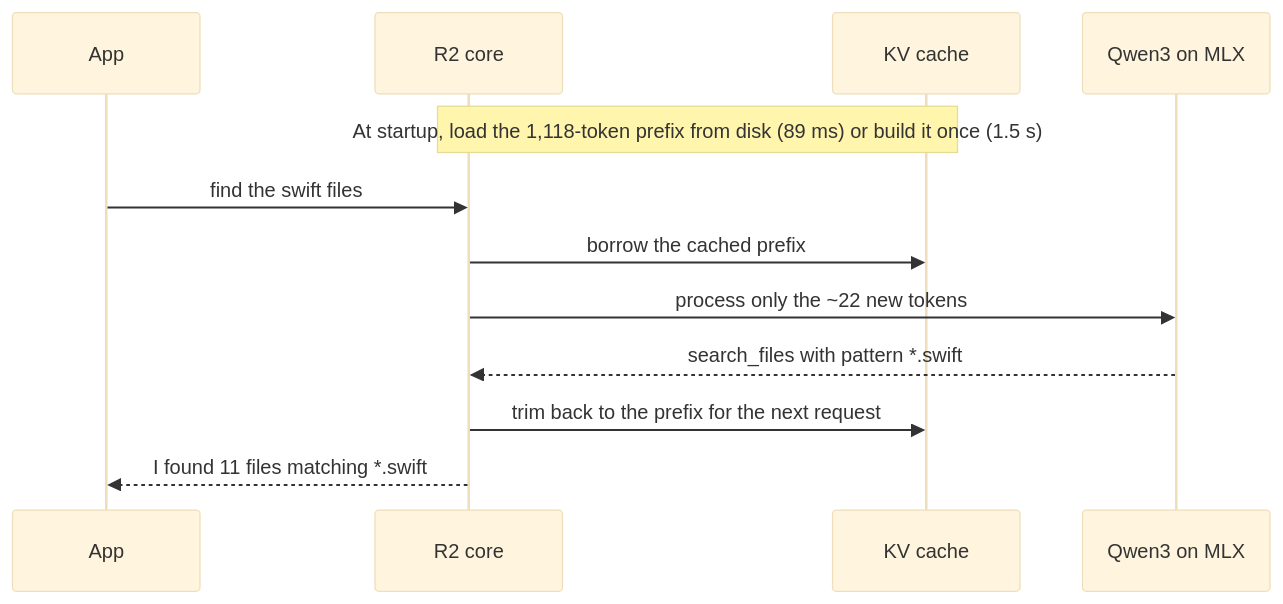
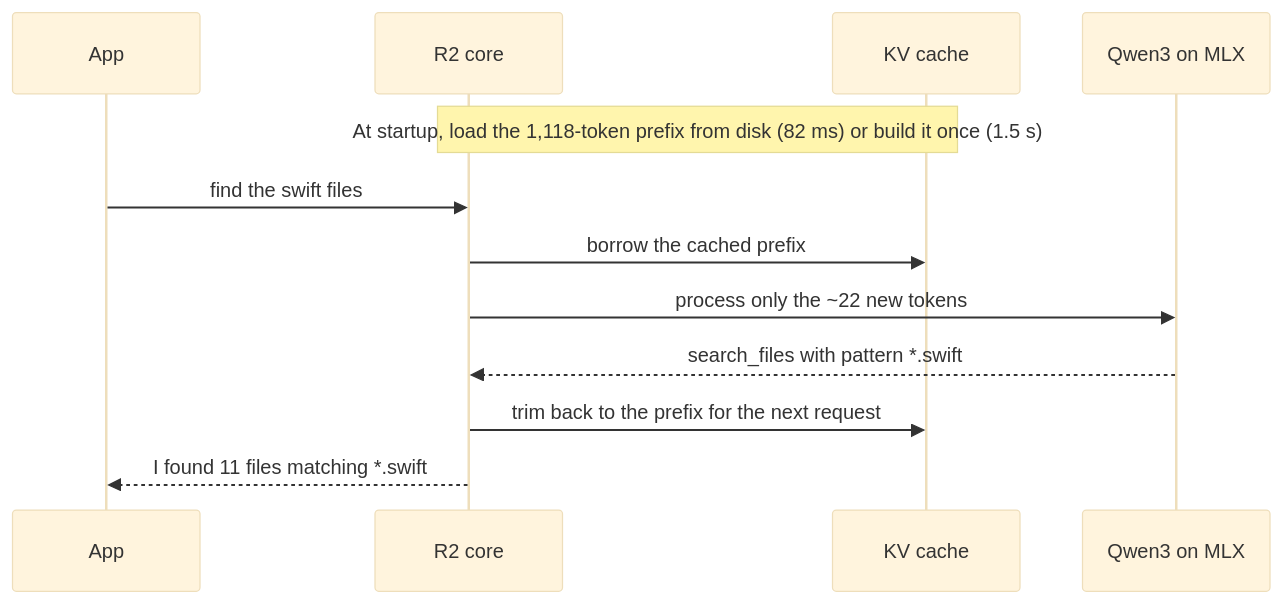
One commit to itzreqle/r2 changed the second of 2 diagrams in README.md. Above: the diagram before and after it, drawn with Mermaid (base theme). The commit also changed other lines of this file and 65 other files, not shown here.

````diff
--- a/README.md
+++ b/README.md
@@ -223,14 +300,14 @@
 ```mermaid
 sequenceDiagram
     participant App
     participant Core as R2 core
     participant Cache as KV cache
     participant Model as Qwen3 on MLX
-    Note over Core,Cache: At startup, load the 1,118-token prefix from disk (89 ms) or build it once (1.5 s)
+    Note over Core,Cache: At startup, load the 1,118-token prefix from disk (82 ms) or build it once (1.5 s)
     App->>Core: find the swift files
     Core->>Cache: borrow the cached prefix
     Core->>Model: process only the ~22 new tokens
     Model-->>Core: search_files with pattern *.swift
     Core->>Cache: trim back to the prefix for the next request
     Core-->>App: I found 11 files matching *.swift
 ```
````
